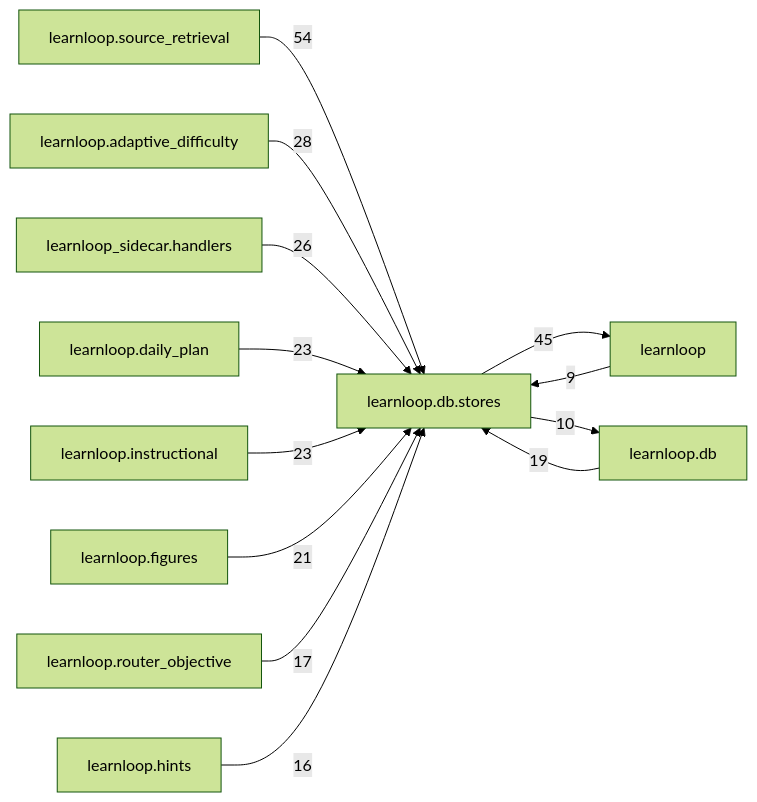
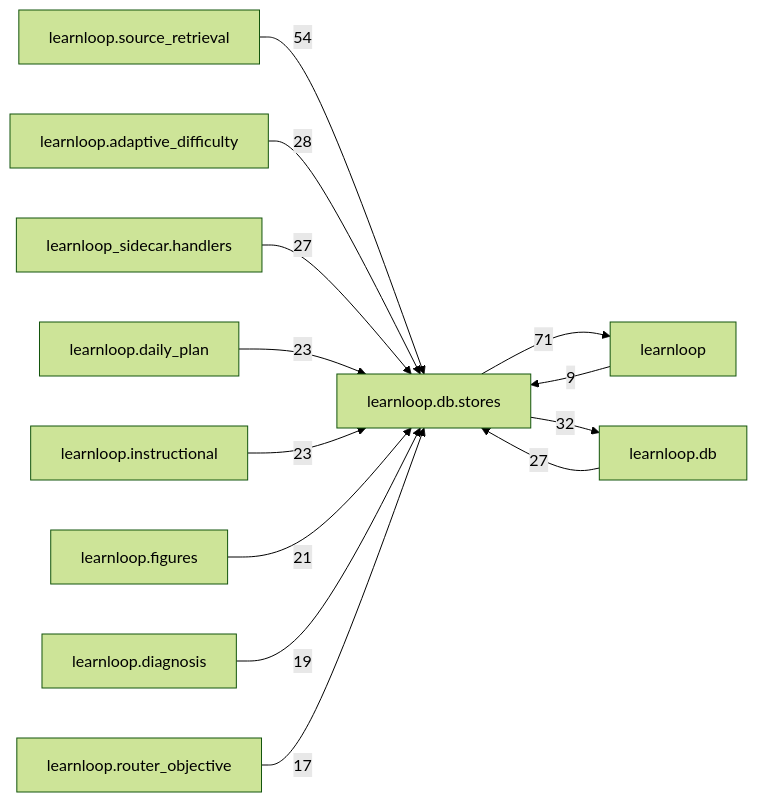
Before and after one commit to 6up-b/learnanything: the diagram in docs/learnloop-architecture-vault/Reference/Modules/learnloop/db/stores/_package.md, drawn with Mermaid (forest theme). The commit also changed other lines of this file and 258 other files, not shown here.

````diff
--- a/docs/learnloop-architecture-vault/Reference/Modules/learnloop/db/stores/_package.md
+++ b/docs/learnloop-architecture-vault/Reference/Modules/learnloop/db/stores/_package.md
@@ -233,26 +256,26 @@
 ```mermaid
 flowchart LR
     center["learnloop.db.stores"]
     n_learnloop["learnloop"]
+    n_learnloop_db["learnloop.db"]
     n_learnloop_source_retrieval["learnloop.source_retrieval"]
-    n_learnloop_db["learnloop.db"]
     n_learnloop_adaptive_difficulty["learnloop.adaptive_difficulty"]
     n_learnloop_sidecar_handlers["learnloop_sidecar.handlers"]
     n_learnloop_daily_plan["learnloop.daily_plan"]
     n_learnloop_instructional["learnloop.instructional"]
     n_learnloop_figures["learnloop.figures"]
+    n_learnloop_diagnosis["learnloop.diagnosis"]
     n_learnloop_router_objective["learnloop.router_objective"]
-    n_learnloop_hints["learnloop.hints"]
     n_learnloop -->|9| center
-    center -->|45| n_learnloop
+    center -->|71| n_learnloop
+    n_learnloop_db -->|27| center
+    center -->|32| n_learnloop_db
     n_learnloop_source_retrieval -->|54| center
-    n_learnloop_db -->|19| center
-    center -->|10| n_learnloop_db
     n_learnloop_adaptive_difficulty -->|28| center
-    n_learnloop_sidecar_handlers -->|26| center
+    n_learnloop_sidecar_handlers -->|27| center
     n_learnloop_daily_plan -->|23| center
     n_learnloop_instructional -->|23| center
     n_learnloop_figures -->|21| center
+    n_learnloop_diagnosis -->|19| center
     n_learnloop_router_objective -->|17| center
-    n_learnloop_hints -->|16| center
 ```
````
